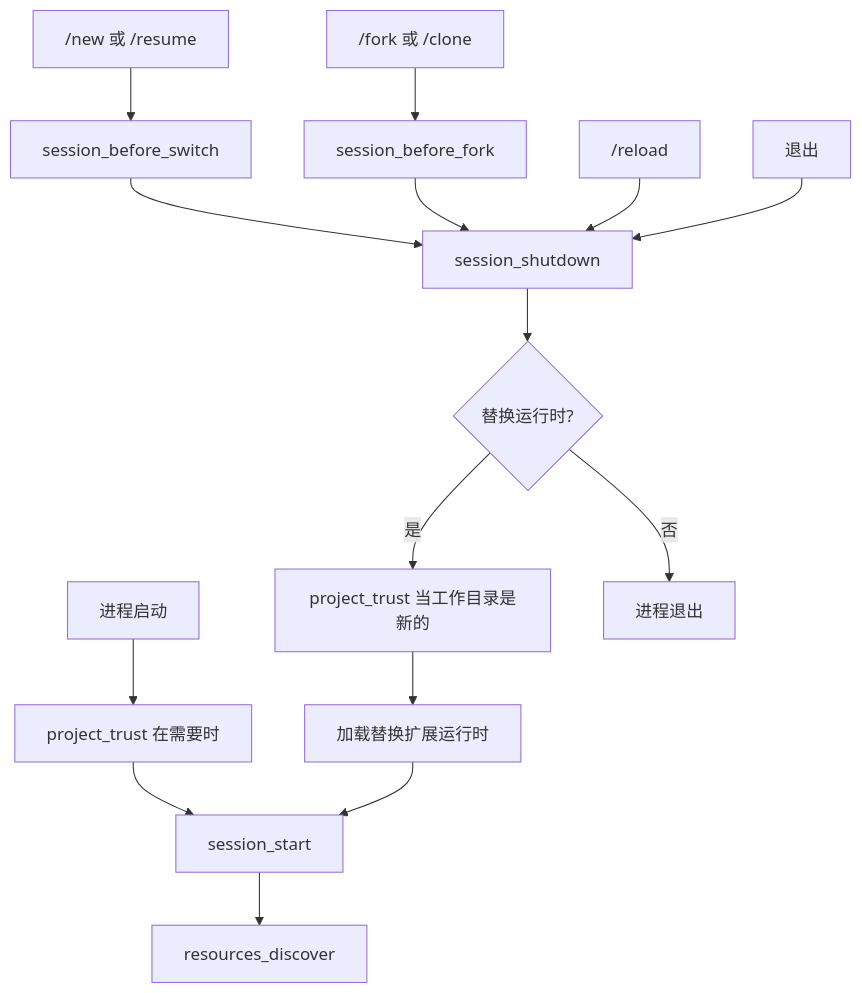
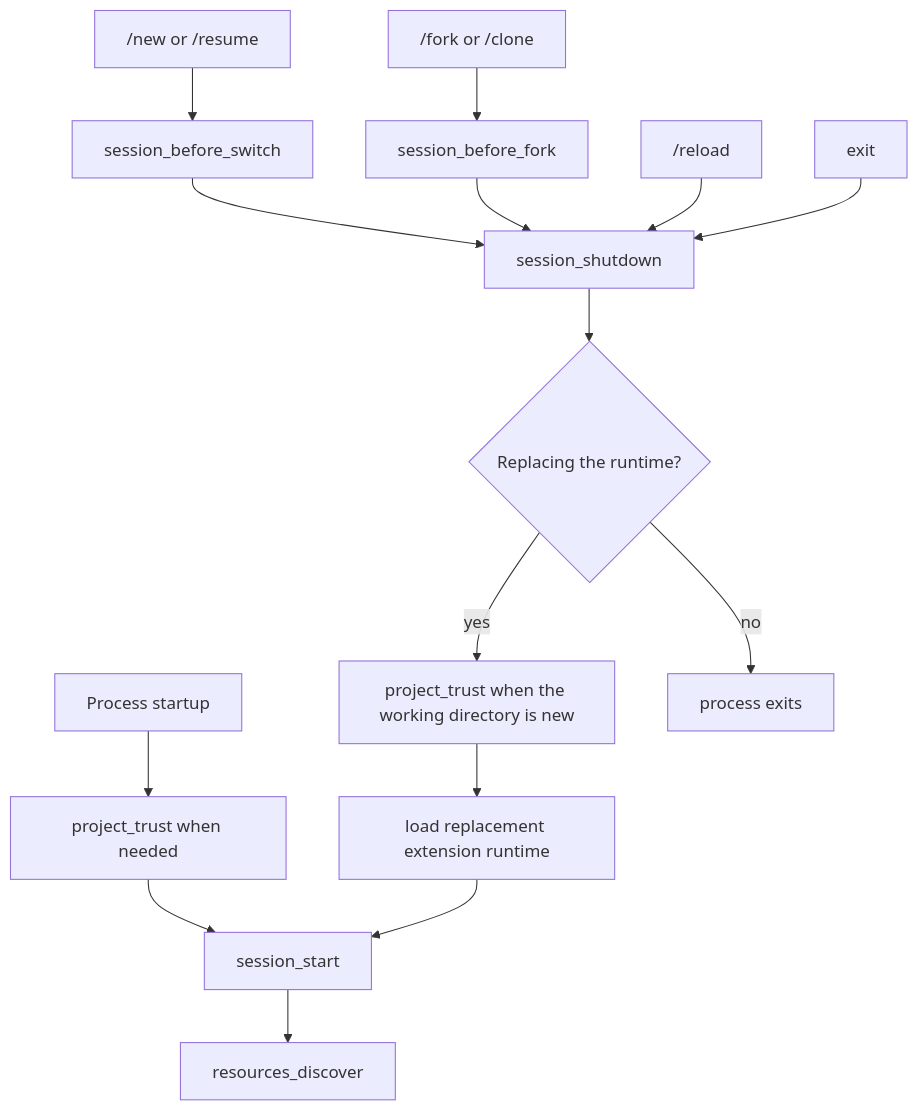
Before and after one commit to Lizhen0628/pi-dev-chinese: the third of 3 diagrams in docs-md/extensions.md, drawn with Mermaid. The commit also changed other lines of this file and 10 other files, not shown here.

````diff
--- a/docs-md/extensions.md
+++ b/docs-md/extensions.md
@@ -363,17 +363,17 @@
 ```mermaid
 flowchart TD
-    Startup["进程启动"] --> Trust["project_trust 在需要时"]
+    Startup["Process startup"] --> Trust["project_trust when needed"]
     Trust --> SessionStart["session_start"]
-    Switch["/new 或 /resume"] --> BeforeSwitch["session_before_switch"]
-    Fork["/fork 或 /clone"] --> BeforeFork["session_before_fork"]
+    Switch["/new or /resume"] --> BeforeSwitch["session_before_switch"]
+    Fork["/fork or /clone"] --> BeforeFork["session_before_fork"]
     BeforeSwitch --> Shutdown["session_shutdown"]
     BeforeFork --> Shutdown
     Reload["/reload"] --> Shutdown
-    Exit["退出"] --> Shutdown
-    Shutdown --> Replacing{"替换运行时?"}
-    Replacing -->|是| ReplacementTrust["project_trust 当工作目录是新的"]
-    ReplacementTrust --> Replacement["加载替换扩展运行时"]
+    Exit["exit"] --> Shutdown
+    Shutdown --> Replacing{"Replacing the runtime?"}
+    Replacing -->|yes| ReplacementTrust["project_trust when the working directory is new"]
+    ReplacementTrust --> Replacement["load replacement extension runtime"]
     Replacement --> SessionStart
-    Replacing -->|否| Stop["进程退出"]
+    Replacing -->|no| Stop["process exits"]
     SessionStart --> Discover["resources_discover"]
 ```
````
